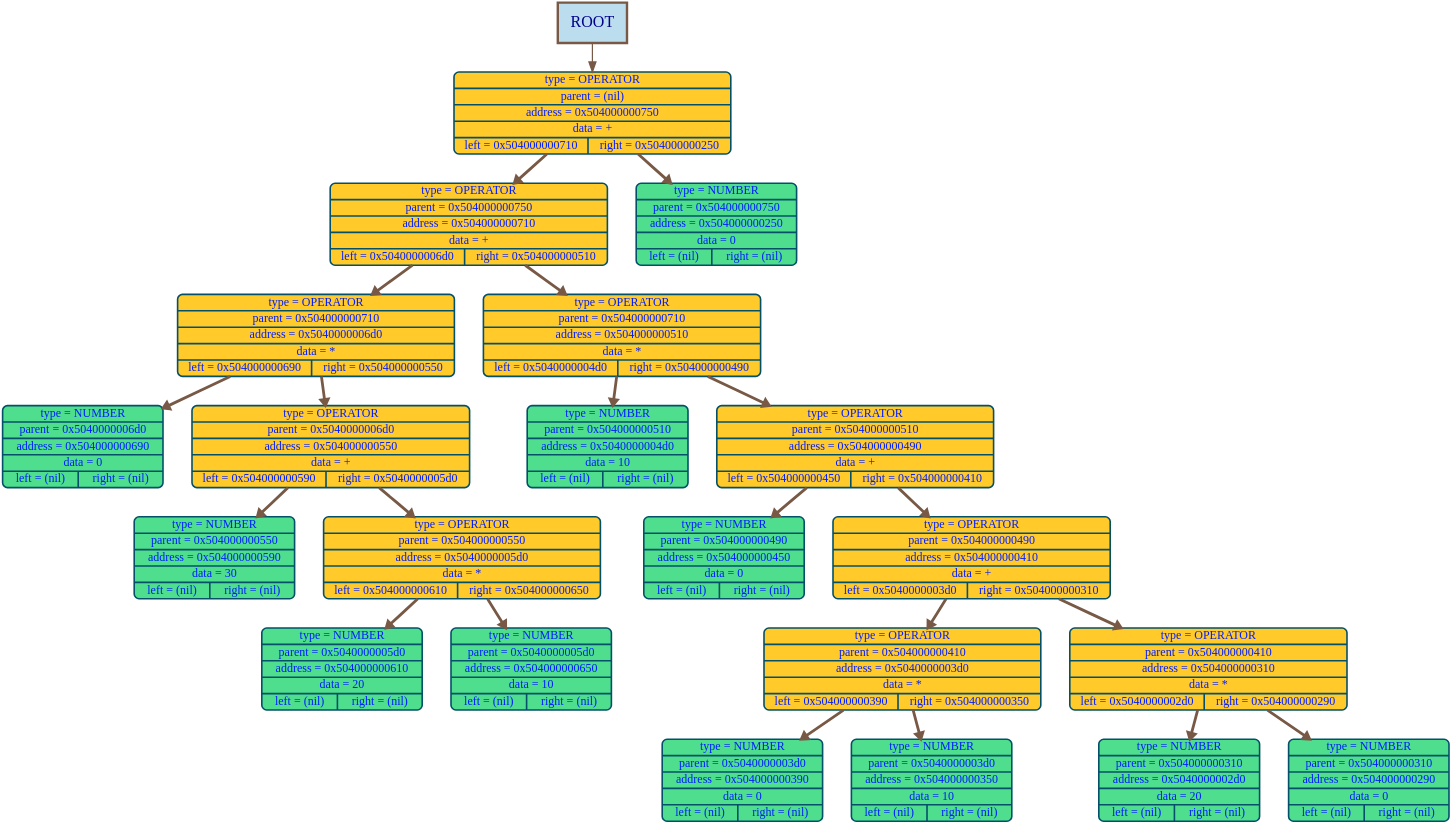
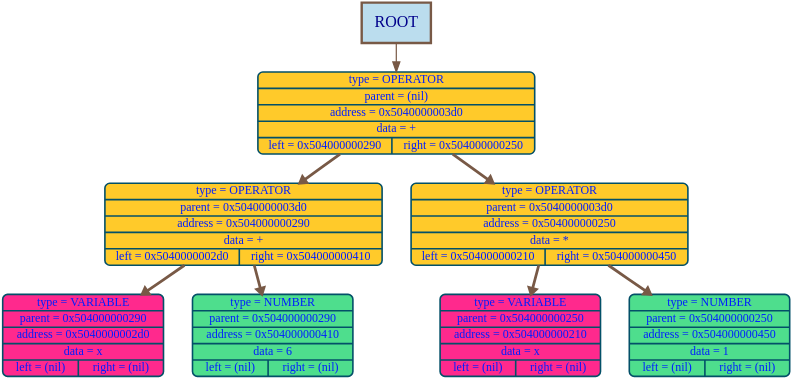
The diagram in graphDumps/graphDump.dot (timoko3/diffirenciator), drawn with Graphviz before and after one commit. The commit also changed 9 other files, not shown here.

```diff
--- a/graphDumps/graphDump.dot
+++ b/graphDumps/graphDump.dot
@@ -1,50 +1,22 @@
 digraph G {
 bgcolor="transparent"
 nodesep = 1;
 ranksep = 1
 	node [shape=Mrecord, style="filled", fillcolor="#70c07cff", fontcolor="#001effff", color="#035068ff", penwidth=4, fontname="Menlo", fontsize=30];
 
-	node1872 [label="{type = OPERATOR | parent = (nil) | address = 0x504000000750 | data = + | {left = 0x504000000710 | right = 0x504000000250}} ", fillcolor="#ffca2aff"];
-	node1808 [label="{type = OPERATOR | parent = 0x504000000750 | address = 0x504000000710 | data = + | {left = 0x5040000006d0 | right = 0x504000000510}} ", fillcolor="#ffca2aff"];
-	node1744 [label="{type = OPERATOR | parent = 0x504000000710 | address = 0x5040000006d0 | data = * | {left = 0x504000000690 | right = 0x504000000550}} ", fillcolor="#ffca2aff"];
-	node1680 [label="{type = NUMBER | parent = 0x5040000006d0 | address = 0x504000000690 | data = 0 | {left = (nil) | right = (nil)}} ", fillcolor="#4ede8dff"];
-	node1360 [label="{type = OPERATOR | parent = 0x5040000006d0 | address = 0x504000000550 | data = + | {left = 0x504000000590 | right = 0x5040000005d0}} ", fillcolor="#ffca2aff"];
-	node1424 [label="{type = NUMBER | parent = 0x504000000550 | address = 0x504000000590 | data = 30 | {left = (nil) | right = (nil)}} ", fillcolor="#4ede8dff"];
-	node1488 [label="{type = OPERATOR | parent = 0x504000000550 | address = 0x5040000005d0 | data = * | {left = 0x504000000610 | right = 0x504000000650}} ", fillcolor="#ffca2aff"];
-	node1552 [label="{type = NUMBER | parent = 0x5040000005d0 | address = 0x504000000610 | data = 20 | {left = (nil) | right = (nil)}} ", fillcolor="#4ede8dff"];
-	node1616 [label="{type = NUMBER | parent = 0x5040000005d0 | address = 0x504000000650 | data = 10 | {left = (nil) | right = (nil)}} ", fillcolor="#4ede8dff"];
-	node1296 [label="{type = OPERATOR | parent = 0x504000000710 | address = 0x504000000510 | data = * | {left = 0x5040000004d0 | right = 0x504000000490}} ", fillcolor="#ffca2aff"];
-	node1232 [label="{type = NUMBER | parent = 0x504000000510 | address = 0x5040000004d0 | data = 10 | {left = (nil) | right = (nil)}} ", fillcolor="#4ede8dff"];
-	node1168 [label="{type = OPERATOR | parent = 0x504000000510 | address = 0x504000000490 | data = + | {left = 0x504000000450 | right = 0x504000000410}} ", fillcolor="#ffca2aff"];
-	node1104 [label="{type = NUMBER | parent = 0x504000000490 | address = 0x504000000450 | data = 0 | {left = (nil) | right = (nil)}} ", fillcolor="#4ede8dff"];
-	node1040 [label="{type = OPERATOR | parent = 0x504000000490 | address = 0x504000000410 | data = + | {left = 0x5040000003d0 | right = 0x504000000310}} ", fillcolor="#ffca2aff"];
-	node976 [label="{type = OPERATOR | parent = 0x504000000410 | address = 0x5040000003d0 | data = * | {left = 0x504000000390 | right = 0x504000000350}} ", fillcolor="#ffca2aff"];
-	node912 [label="{type = NUMBER | parent = 0x5040000003d0 | address = 0x504000000390 | data = 0 | {left = (nil) | right = (nil)}} ", fillcolor="#4ede8dff"];
-	node848 [label="{type = NUMBER | parent = 0x5040000003d0 | address = 0x504000000350 | data = 10 | {left = (nil) | right = (nil)}} ", fillcolor="#4ede8dff"];
-	node784 [label="{type = OPERATOR | parent = 0x504000000410 | address = 0x504000000310 | data = * | {left = 0x5040000002d0 | right = 0x504000000290}} ", fillcolor="#ffca2aff"];
-	node720 [label="{type = NUMBER | parent = 0x504000000310 | address = 0x5040000002d0 | data = 20 | {left = (nil) | right = (nil)}} ", fillcolor="#4ede8dff"];
-	node656 [label="{type = NUMBER | parent = 0x504000000310 | address = 0x504000000290 | data = 0 | {left = (nil) | right = (nil)}} ", fillcolor="#4ede8dff"];
-	node592 [label="{type = NUMBER | parent = 0x504000000750 | address = 0x504000000250 | data = 0 | {left = (nil) | right = (nil)}} ", fillcolor="#4ede8dff"];
-node1872 ->node1808 [color="#785946ff", arrowsize=1.5, penwidth=7, weight=1000];
-node1808 ->node1744 [color="#785946ff", arrowsize=1.5, penwidth=7, weight=1000];
-node1744 ->node1680 [color="#785946ff", arrowsize=1.5, penwidth=7, weight=1000];
-node1744->node1360 [color="#785946ff", arrowsize=1.5, penwidth=7, weight=1000];
-node1360 ->node1424 [color="#785946ff", arrowsize=1.5, penwidth=7, weight=1000];
-node1360->node1488 [color="#785946ff", arrowsize=1.5, penwidth=7, weight=1000];
-node1488 ->node1552 [color="#785946ff", arrowsize=1.5, penwidth=7, weight=1000];
-node1488->node1616 [color="#785946ff", arrowsize=1.5, penwidth=7, weight=1000];
-node1808->node1296 [color="#785946ff", arrowsize=1.5, penwidth=7, weight=1000];
-node1296 ->node1232 [color="#785946ff", arrowsize=1.5, penwidth=7, weight=1000];
-node1296->node1168 [color="#785946ff", arrowsize=1.5, penwidth=7, weight=1000];
-node1168 ->node1104 [color="#785946ff", arrowsize=1.5, penwidth=7, weight=1000];
-node1168->node1040 [color="#785946ff", arrowsize=1.5, penwidth=7, weight=1000];
-node1040 ->node976 [color="#785946ff", arrowsize=1.5, penwidth=7, weight=1000];
-node976 ->node912 [color="#785946ff", arrowsize=1.5, penwidth=7, weight=1000];
-node976->node848 [color="#785946ff", arrowsize=1.5, penwidth=7, weight=1000];
-node1040->node784 [color="#785946ff", arrowsize=1.5, penwidth=7, weight=1000];
-node784 ->node720 [color="#785946ff", arrowsize=1.5, penwidth=7, weight=1000];
-node784->node656 [color="#785946ff", arrowsize=1.5, penwidth=7, weight=1000];
-node1872->node592 [color="#785946ff", arrowsize=1.5, penwidth=7, weight=1000];
+	node976 [label="{type = OPERATOR | parent = (nil) | address = 0x5040000003d0 | data = + | {left = 0x504000000290 | right = 0x504000000250}} ", fillcolor="#ffca2aff"];
+	node656 [label="{type = OPERATOR | parent = 0x5040000003d0 | address = 0x504000000290 | data = + | {left = 0x5040000002d0 | right = 0x504000000410}} ", fillcolor="#ffca2aff"];
+	node720 [label="{type = VARIABLE | parent = 0x504000000290 | address = 0x5040000002d0 | data = x | {left = (nil) | right = (nil)}} ", fillcolor="#ff298dff"];
+	node1040 [label="{type = NUMBER | parent = 0x504000000290 | address = 0x504000000410 | data = 6 | {left = (nil) | right = (nil)}} ", fillcolor="#4ede8dff"];
+	node592 [label="{type = OPERATOR | parent = 0x5040000003d0 | address = 0x504000000250 | data = * | {left = 0x504000000210 | right = 0x504000000450}} ", fillcolor="#ffca2aff"];
+	node528 [label="{type = VARIABLE | parent = 0x504000000250 | address = 0x504000000210 | data = x | {left = (nil) | right = (nil)}} ", fillcolor="#ff298dff"];
+	node1104 [label="{type = NUMBER | parent = 0x504000000250 | address = 0x504000000450 | data = 1 | {left = (nil) | right = (nil)}} ", fillcolor="#4ede8dff"];
+node976 ->node656 [color="#785946ff", arrowsize=1.5, penwidth=7, weight=1000];
+node656 ->node720 [color="#785946ff", arrowsize=1.5, penwidth=7, weight=1000];
+node656->node1040 [color="#785946ff", arrowsize=1.5, penwidth=7, weight=1000];
+node976->node592 [color="#785946ff", arrowsize=1.5, penwidth=7, weight=1000];
+node592 ->node528 [color="#785946ff", arrowsize=1.5, penwidth=7, weight=1000];
+node592->node1104 [color="#785946ff", arrowsize=1.5, penwidth=7, weight=1000];
 root_label [shape=box, width = 2.4, height = 1.4, label="ROOT", style="filled", fillcolor="#BBDDEE", color="#785946ff", penwidth = 6,  fontcolor="darkblue", fontsize = 40];
-root_label -> node1872 [color="#785946ff"  , arrowsize=2.5, penwidth=3];
+root_label -> node976 [color="#785946ff"  , arrowsize=2.5, penwidth=3];
 }
```
